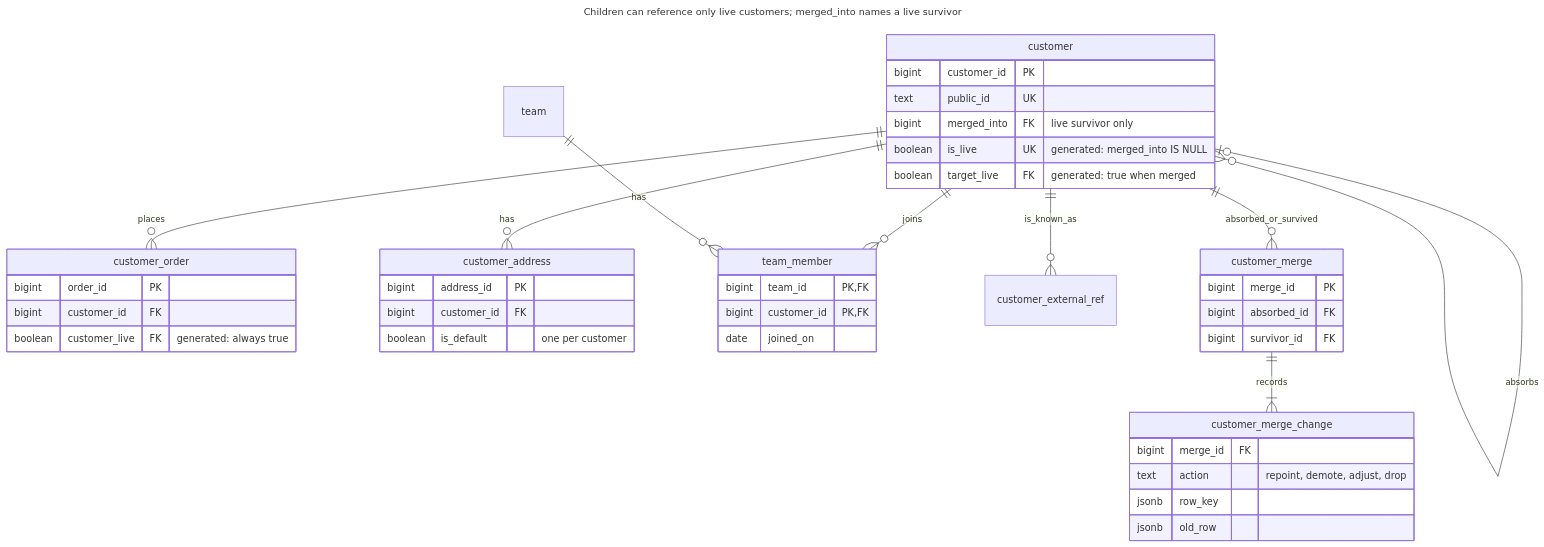
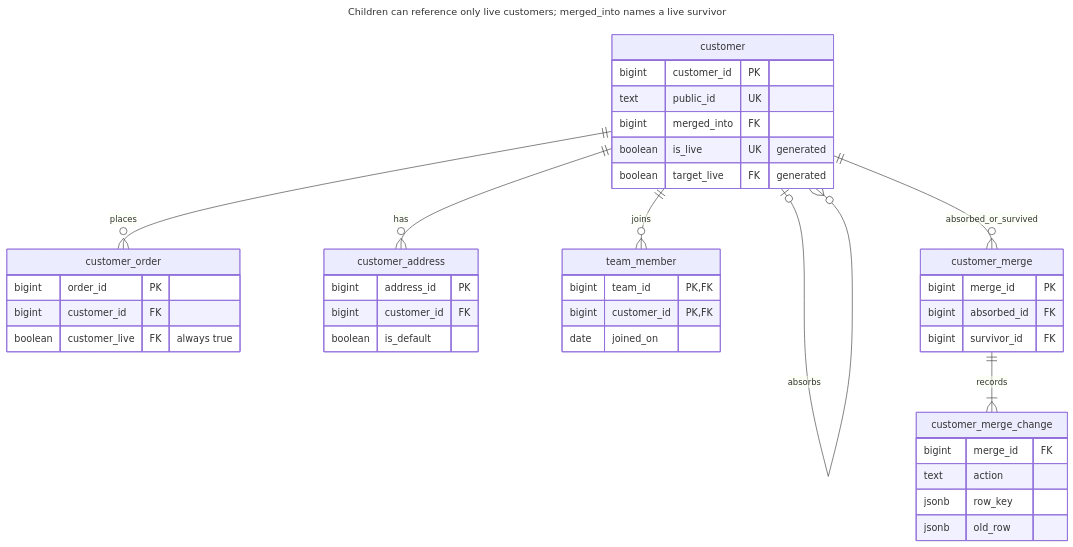
The second of 5 diagrams in book/en/record-merge.md (mokevnin/database-design-patterns), drawn with Mermaid before and after one commit. The commit also changed 7 other files, not shown here.

First line of the commit message:
fix: make new chapter diagrams render and fit the column (#28)

````diff
--- a/book/en/record-merge.md
+++ b/book/en/record-merge.md
@@ -86,50 +86,47 @@
 ```mermaid
 ---
 title: Children can reference only live customers; merged_into names a live survivor
 ---
 erDiagram
     customer |o--o{ customer : absorbs
     customer ||--o{ customer_order : places
     customer ||--o{ customer_address : has
     customer ||--o{ team_member : joins
-    team ||--o{ team_member : has
-    customer ||--o{ customer_external_ref : is_known_as
     customer_merge ||--|{ customer_merge_change : records
     customer ||--o{ customer_merge : absorbed_or_survived
     customer {
         bigint customer_id PK
         text public_id UK
-        bigint merged_into FK "live survivor only"
-        boolean is_live UK "generated: merged_into IS NULL"
-        boolean target_live FK "generated: true when merged"
+        bigint merged_into FK
+        boolean is_live UK "generated"
+        boolean target_live FK "generated"
     }
     customer_order {
         bigint order_id PK
         bigint customer_id FK
-        boolean customer_live FK "generated: always true"
+        boolean customer_live FK "always true"
     }
     customer_address {
         bigint address_id PK
         bigint customer_id FK
-        boolean is_default "one per customer"
+        boolean is_default
     }
     team_member {
         bigint team_id PK, FK
         bigint customer_id PK, FK
         date joined_on
     }
     customer_merge {
         bigint merge_id PK
         bigint absorbed_id FK
         bigint survivor_id FK
     }
     customer_merge_change {
         bigint merge_id FK
-        text action "repoint, demote, adjust, drop"
+        text action
         jsonb row_key
         jsonb old_row
     }
     class customer accent
     class customer_merge,customer_merge_change accent
-    class team muted
 ```
````
